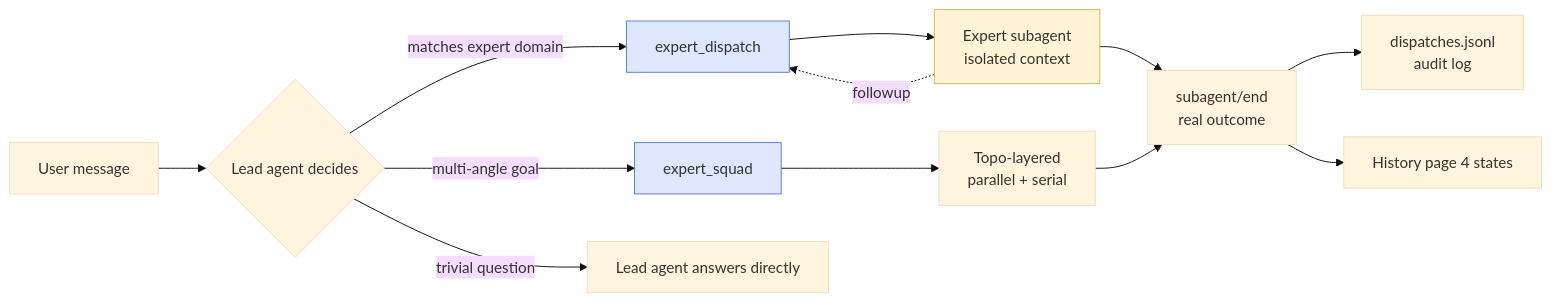
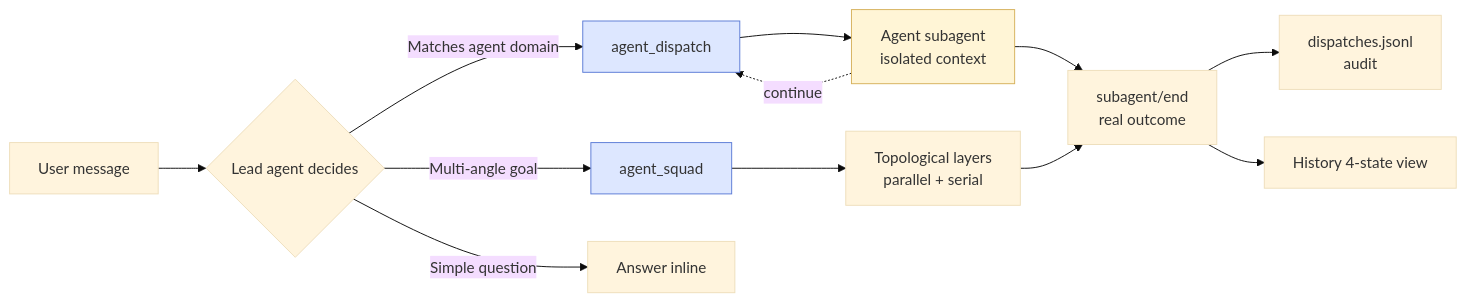
The first of 4 diagrams in README.en.md (ArmingLou/dsh-agent-dispatch), drawn with Mermaid (base theme) before and after one commit. The commit also changed other lines of this file and 31 other files, not shown here.

Commit message:
v1.1.0: expert 全面改名 agent，删除内置 Agent/小队，换真实 UI 截图

````diff
--- a/README.en.md
+++ b/README.en.md
@@ -79,17 +71,17 @@
 ```mermaid
 flowchart LR
     A[User message] --> B{Lead agent decides}
-    B -- matches expert domain --> C[expert_dispatch]
-    B -- multi-angle goal --> D[expert_squad]
-    B -- trivial question --> E[Lead agent answers directly]
-    C --> F[Expert subagent<br/>isolated context]
-    D --> G[Topo-layered<br/>parallel + serial]
+    B -- Matches agent domain --> C[agent_dispatch]
+    B -- Multi-angle goal --> D[agent_squad]
+    B -- Simple question --> E[Answer inline]
+    C --> F[Agent subagent<br/>isolated context]
+    D --> G[Topological layers<br/>parallel + serial]
     F --> H[subagent/end<br/>real outcome]
     G --> H
-    H --> I[dispatches.jsonl<br/>audit log]
-    H --> J[History page 4 states]
-    F -.followup.-> C
+    H --> I[dispatches.jsonl<br/>audit]
+    H --> J[History 4-state view]
+    F -.continue.-> C
     style C fill:#dde7ff,stroke:#5b7bd6
     style D fill:#dde7ff,stroke:#5b7bd6
     style F fill:#fff5d6,stroke:#d6b15b
 ```
````
